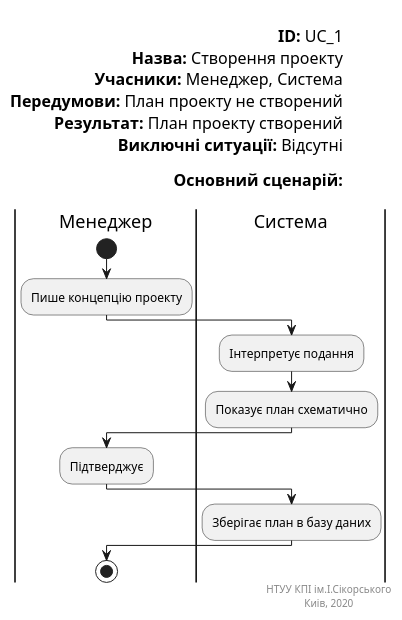
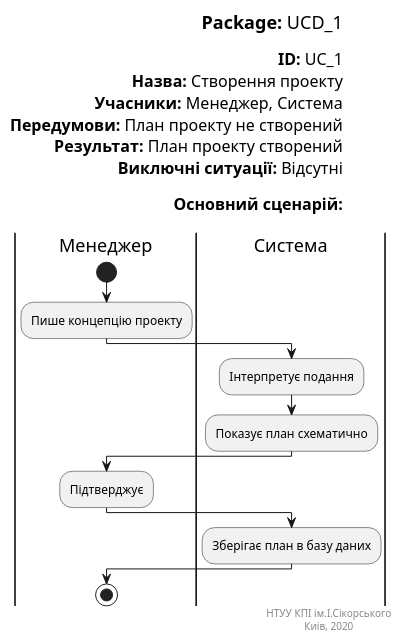
The diagram in docs/puml/createProject.puml (Jirobus/Core), drawn with PlantUML before and after one commit.

```diff
--- a/docs/puml/createProject.puml
+++ b/docs/puml/createProject.puml
@@ -1,36 +1,37 @@
 @startuml createProjectUC
 left header
+<font color=000 size=18><b>Package:</b> UCD_1
 
 <font color=000 size=16><b>ID:</b> UC_1
 <font color=000 size=16><b>Назва:</b> Створення проекту
 <font color=000 size=16><b>Учасники:</b> Менеджер, Система
 <font color=000 size=16><b>Передумови:</b> План проекту не створений
 <font color=000 size=16><b>Результат:</b> План проекту створений
 <font color=000 size=16><b>Виключні ситуації:</b> Відсутні
 
 <font color=000 size=16><b>Основний сценарій:</b> 
 
 end header
 
 |Менеджер|
 start
 :Пише концепцію проекту;
 
 |Система|
 :Інтерпретує подання;
 :Показує план схематично;
 
 |Менеджер|
 :Підтверджує;
 
 |Система|
 :Зберігає план в базу даних;
 
 |Менеджер|
 stop
 
 right footer
 НТУУ КПІ ім.І.Сікорського
 Киів, 2020 
 end footer
 @enduml
```
